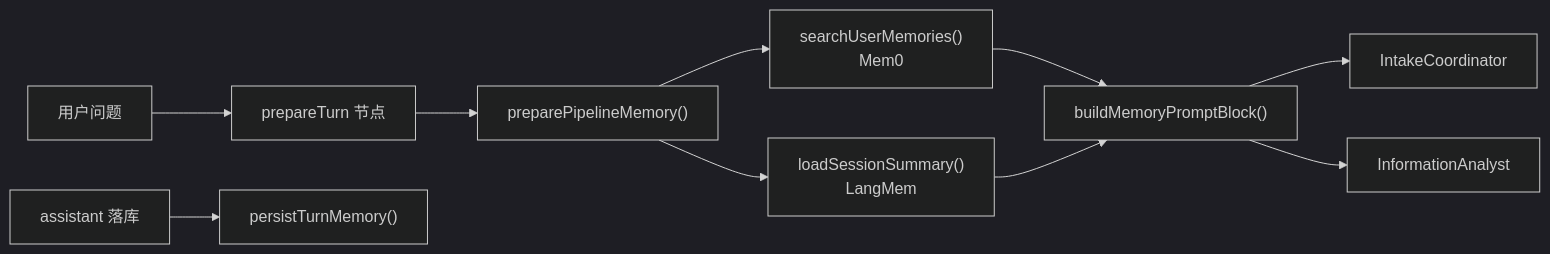
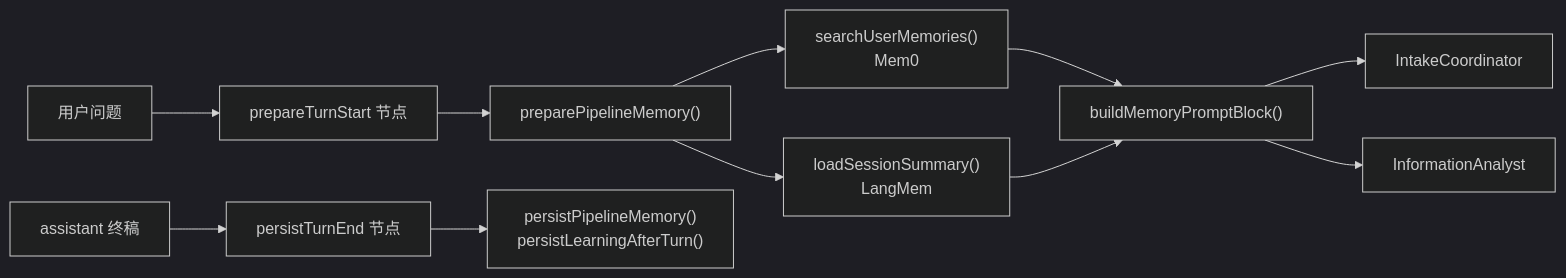
Before and after one commit to panzhanfei/fambrain-agents: diagram 11 of 13 in docs/02-agent-flows.md, drawn with Mermaid (dark theme). The commit also changed other lines of this file and 26 other files, not shown here.

````diff
--- a/docs/02-agent-flows.md
+++ b/docs/02-agent-flows.md
@@ -413,12 +431,13 @@
 ```mermaid
 flowchart LR
-  Q[用户问题] --> PT[prepareTurn 节点]
+  Q[用户问题] --> PT[prepareTurnStart 节点]
   PT --> PREP["preparePipelineMemory()"]
   PREP --> M0["searchUserMemories()<br/>Mem0"]
   PREP --> LM["loadSessionSummary()<br/>LangMem"]
   M0 --> BL["buildMemoryPromptBlock()"]
   LM --> BL
   BL --> IC[IntakeCoordinator]
   BL --> IA[InformationAnalyst]
-  OUT[assistant 落库] --> PERS["persistTurnMemory()"]
+  OUT[assistant 终稿] --> PST[persistTurnEnd 节点]
+  PST --> PERS["persistPipelineMemory()<br/>persistLearningAfterTurn()"]
 ```
````
